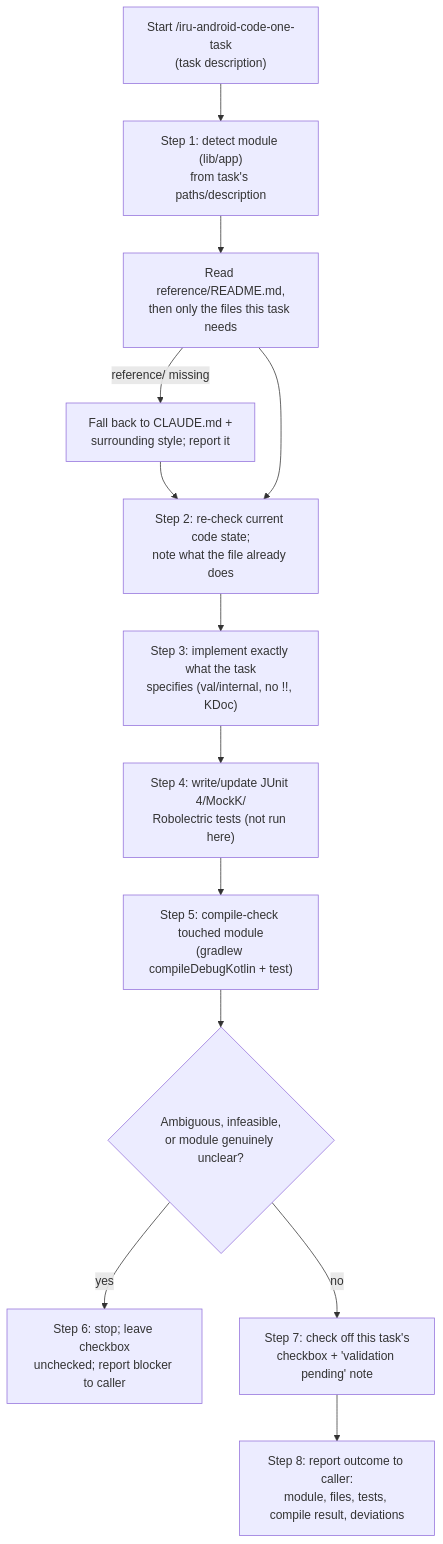
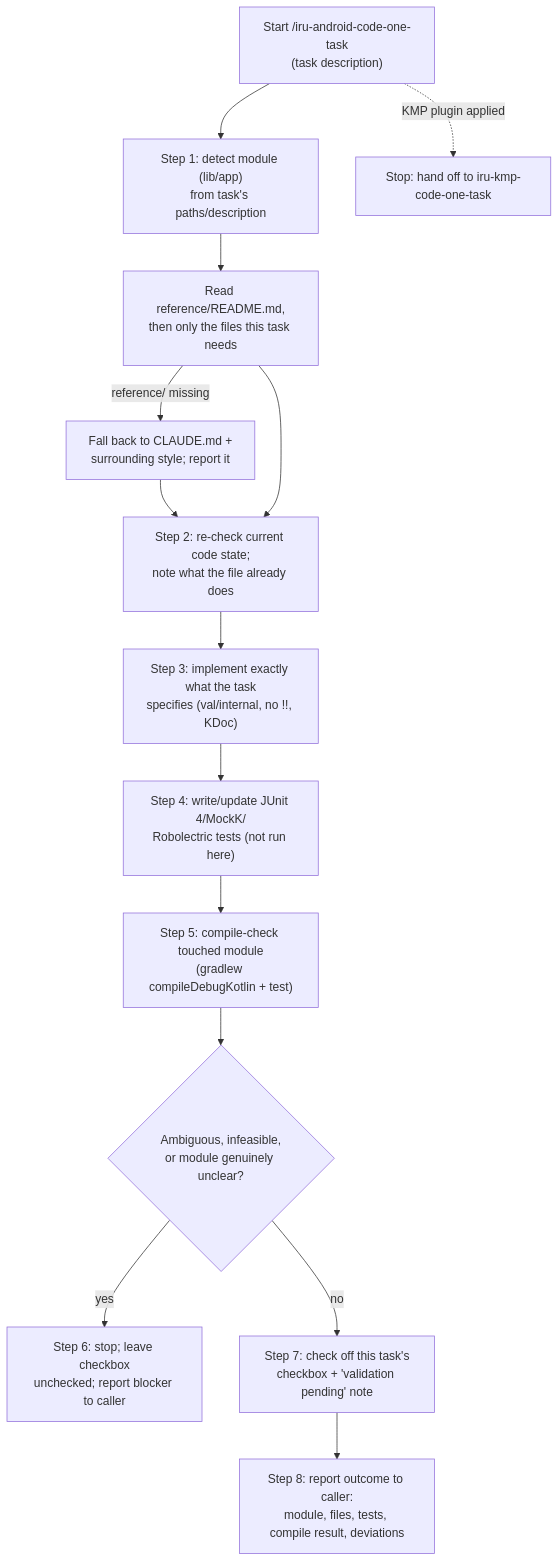
One commit to albertoirurueta/ai-catalog changed the diagram in docs/modules/ROOT/pages/skills/iru-android-code-one-task.adoc. Above: the diagram before and after it, drawn with Mermaid. The commit also changed other lines of this file and 138 other files, not shown here.

```diff
--- a/docs/modules/ROOT/pages/skills/iru-android-code-one-task.adoc
+++ b/docs/modules/ROOT/pages/skills/iru-android-code-one-task.adoc
@@ -132,16 +134,17 @@
 [mermaid]
 ....
 flowchart TD
     A["Start /iru-android-code-one-task\n(task description)"] --> B["Step 1: detect module (lib/app)\nfrom task's paths/description"]
+    A -. "KMP plugin applied" .-> KMP["Stop: hand off to iru-kmp-code-one-task"]
     B --> C["Read reference/README.md,\nthen only the files this task needs"]
     C -- "reference/ missing" --> C2["Fall back to CLAUDE.md +\nsurrounding style; report it"]
     C2 --> D
     C --> D["Step 2: re-check current code state;\nnote what the file already does"]
     D --> E["Step 3: implement exactly what the task\nspecifies (val/internal, no !!, KDoc)"]
     E --> F["Step 4: write/update JUnit 4/MockK/\nRobolectric tests (not run here)"]
     F --> G["Step 5: compile-check touched module\n(gradlew compileDebugKotlin + test)"]
     G --> H{"Ambiguous, infeasible,\nor module genuinely unclear?"}
     H -- yes --> I["Step 6: stop; leave checkbox\nunchecked; report blocker to caller"]
     H -- no --> J["Step 7: check off this task's\ncheckbox + 'validation pending' note"]
     J --> K["Step 8: report outcome to caller:\nmodule, files, tests, compile result, deviations"]
 ....
```
